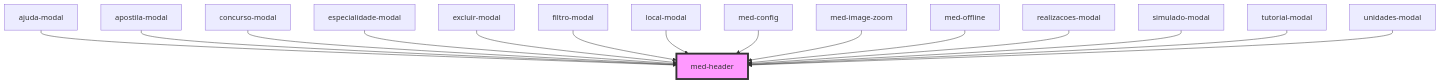
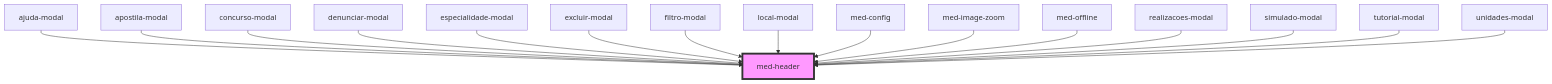
The diagram in core/src/components/@templarios/compositions/med-header/readme.md (MEDGRUPOGIT/ionic-framework-1), drawn with Mermaid before and after one commit. The commit also changed other lines of this file and 17 other files, not shown here.

Commit message:
migração ionic 1 modal denunciar dúvida

````diff
--- a/core/src/components/@templarios/compositions/med-header/readme.md
+++ b/core/src/components/@templarios/compositions/med-header/readme.md
@@ -35,18 +36,19 @@
 ```mermaid
 graph TD;
   ajuda-modal --> med-header
   apostila-modal --> med-header
   concurso-modal --> med-header
+  denunciar-modal --> med-header
   especialidade-modal --> med-header
   excluir-modal --> med-header
   filtro-modal --> med-header
   local-modal --> med-header
   med-config --> med-header
   med-image-zoom --> med-header
   med-offline --> med-header
   realizacoes-modal --> med-header
   simulado-modal --> med-header
   tutorial-modal --> med-header
   unidades-modal --> med-header
   style med-header fill:#f9f,stroke:#333,stroke-width:4px
 ```
````
